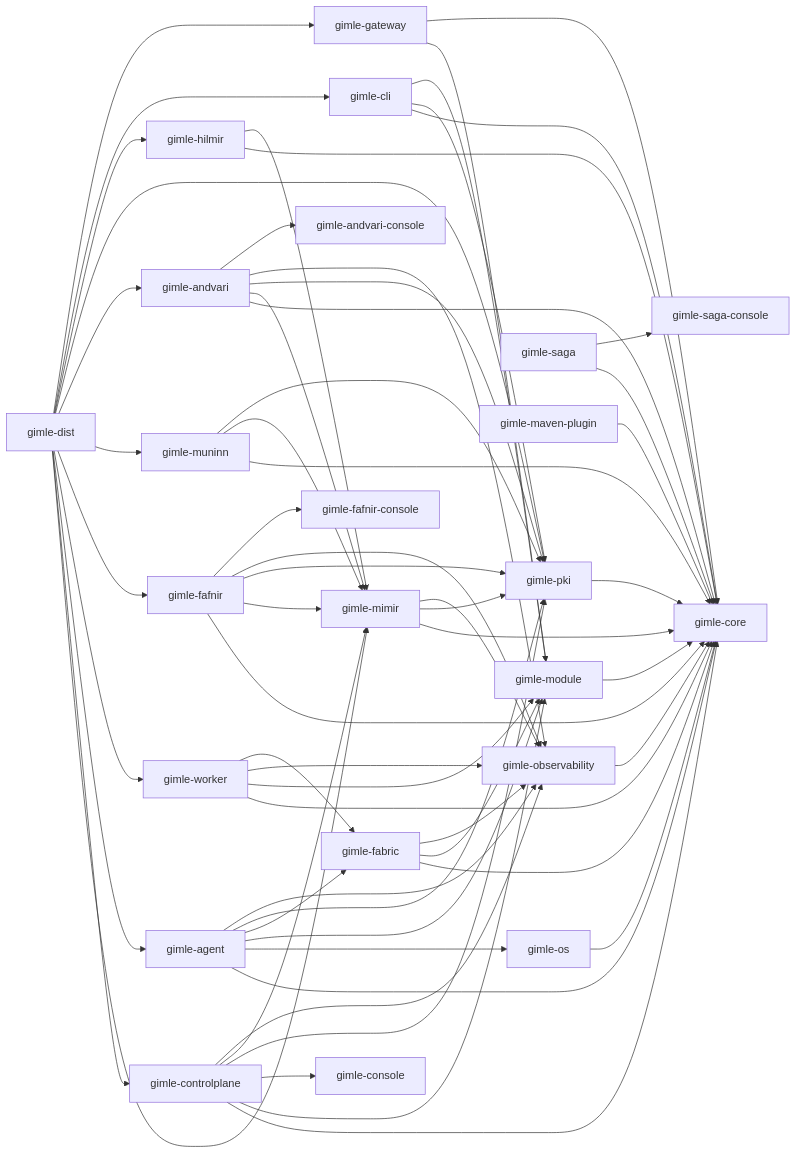
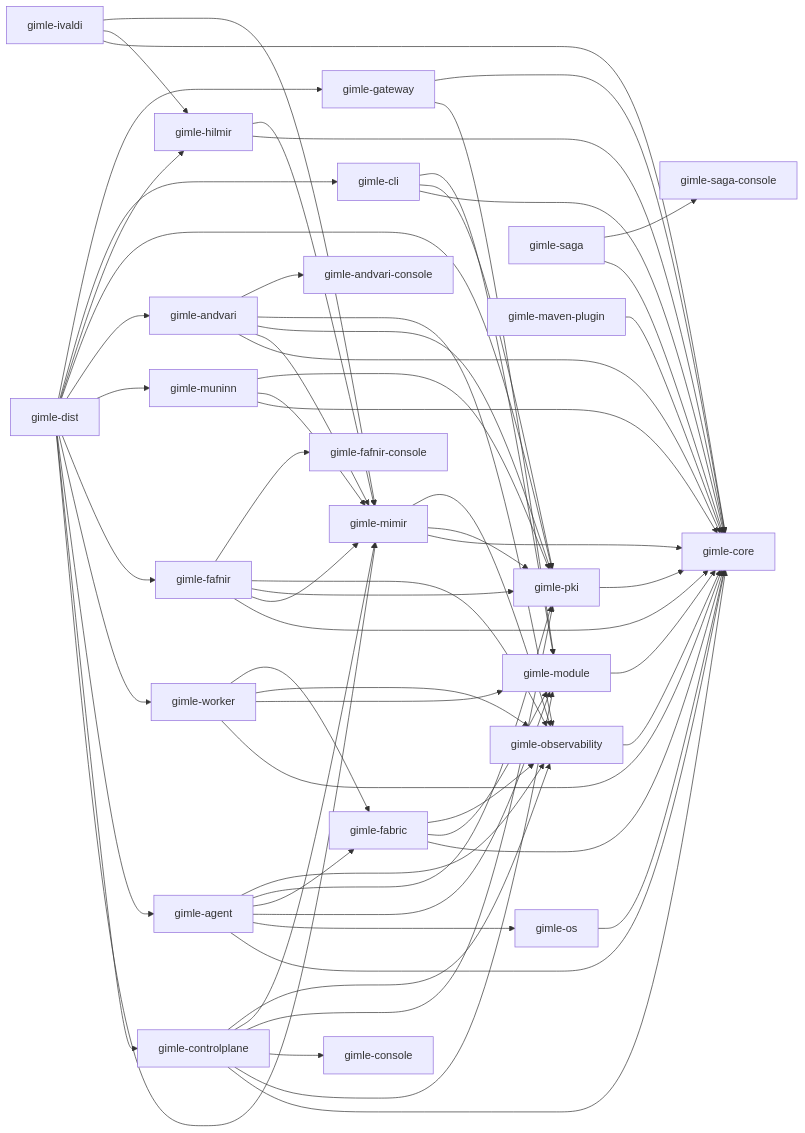
The diagram in gimle-docs/docs/contributing/project-structure.md (ghiloufibg/gimle), drawn with Mermaid before and after one commit. The commit also changed other lines of this file and 11 other files, not shown here.

First line of the commit message:
docs(ivaldi): document gimle-ivaldi and cover its plugin-side goals

````diff
--- a/gimle-docs/docs/contributing/project-structure.md
+++ b/gimle-docs/docs/contributing/project-structure.md
@@ -19,64 +19,67 @@
 ```mermaid
 graph LR
     core[gimle-core]
     module[gimle-module] --> core
     os[gimle-os] --> core
     observability[gimle-observability] --> core
     fabric[gimle-fabric] --> core
     fabric --> module
     fabric --> observability
     gateway[gimle-gateway] --> module
     gateway --> core
     pki[gimle-pki] --> core
     worker[gimle-worker] --> core
     worker --> module
     worker --> observability
     worker --> fabric
     agent[gimle-agent] --> core
     agent --> os
     agent --> module
     agent --> fabric
     agent --> pki
     agent --> observability
     mimir[gimle-mimir] --> core
     mimir --> pki
     mimir --> observability
     fafnir[gimle-fafnir] --> core
     fafnir --> mimir
     fafnir --> pki
     fafnir --> observability
     fafnir --> fafnirconsole[gimle-fafnir-console]
     muninn[gimle-muninn] --> core
     muninn --> mimir
     muninn --> pki
     andvari[gimle-andvari] --> core
     andvari --> mimir
     andvari --> pki
     andvari --> observability
     andvari --> andvariconsole[gimle-andvari-console]
     controlplane[gimle-controlplane] --> core
     controlplane --> module
     controlplane --> console[gimle-console]
     controlplane --> pki
     controlplane --> mimir
     controlplane --> observability
     cli[gimle-cli] --> core
     cli --> pki
     cli --> module
     saga[gimle-saga] --> core
     saga --> sagaconsole[gimle-saga-console]
     hilmir[gimle-hilmir] --> core
     hilmir --> mimir
+    ivaldi[gimle-ivaldi] --> core
+    ivaldi --> hilmir
+    ivaldi --> mimir
     mavenplugin[gimle-maven-plugin] --> core
     dist[gimle-dist] --> mimir
     dist --> controlplane
     dist --> agent
     dist --> worker
     dist --> fafnir
     dist --> muninn
     dist --> andvari
     dist --> pki
     dist --> hilmir
     dist --> cli
     dist --> gateway
 ```
````
